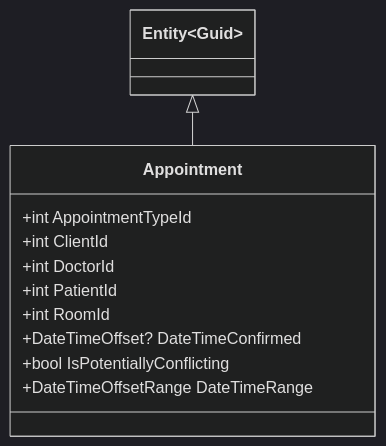
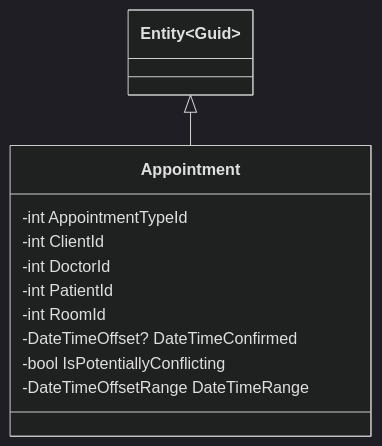
The third of 5 diagrams in 13. DDD/Applying Aggregates and Associations.md (pirocorp/Object-Oriented-Design), drawn with Mermaid (dark theme) before and after one commit. The commit also changed other lines of this file, not shown here.

````diff
--- a/13. DDD/Applying Aggregates and Associations.md
+++ b/13. DDD/Applying Aggregates and Associations.md
@@ -117,13 +117,13 @@
 ```mermaid
   classDiagram
     Entity~Guid~ <|-- Appointment
     class Appointment
-    Appointment : +int AppointmentTypeId
-    Appointment : +int ClientId
-    Appointment : +int DoctorId
-    Appointment : +int PatientId
-    Appointment : +int RoomId
-    Appointment : +DateTimeOffset? DateTimeConfirmed
-    Appointment : +bool IsPotentiallyConflicting
-    Appointment : +DateTimeOffsetRange DateTimeRange
+    Appointment : -int AppointmentTypeId
+    Appointment : -int ClientId
+    Appointment : -int DoctorId
+    Appointment : -int PatientId
+    Appointment : -int RoomId
+    Appointment : -DateTimeOffset? DateTimeConfirmed
+    Appointment : -bool IsPotentiallyConflicting
+    Appointment : -DateTimeOffsetRange DateTimeRange
 ```
````
